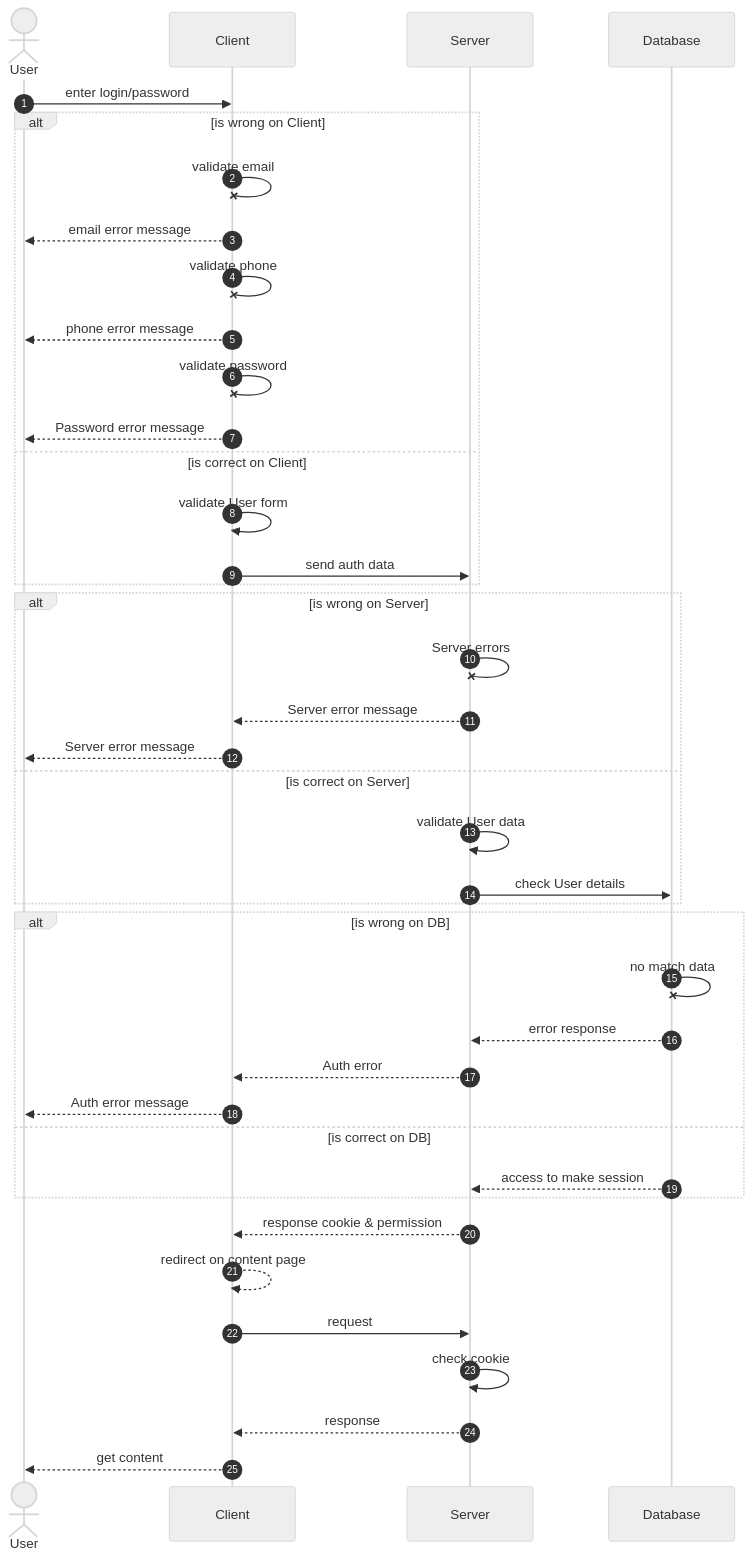
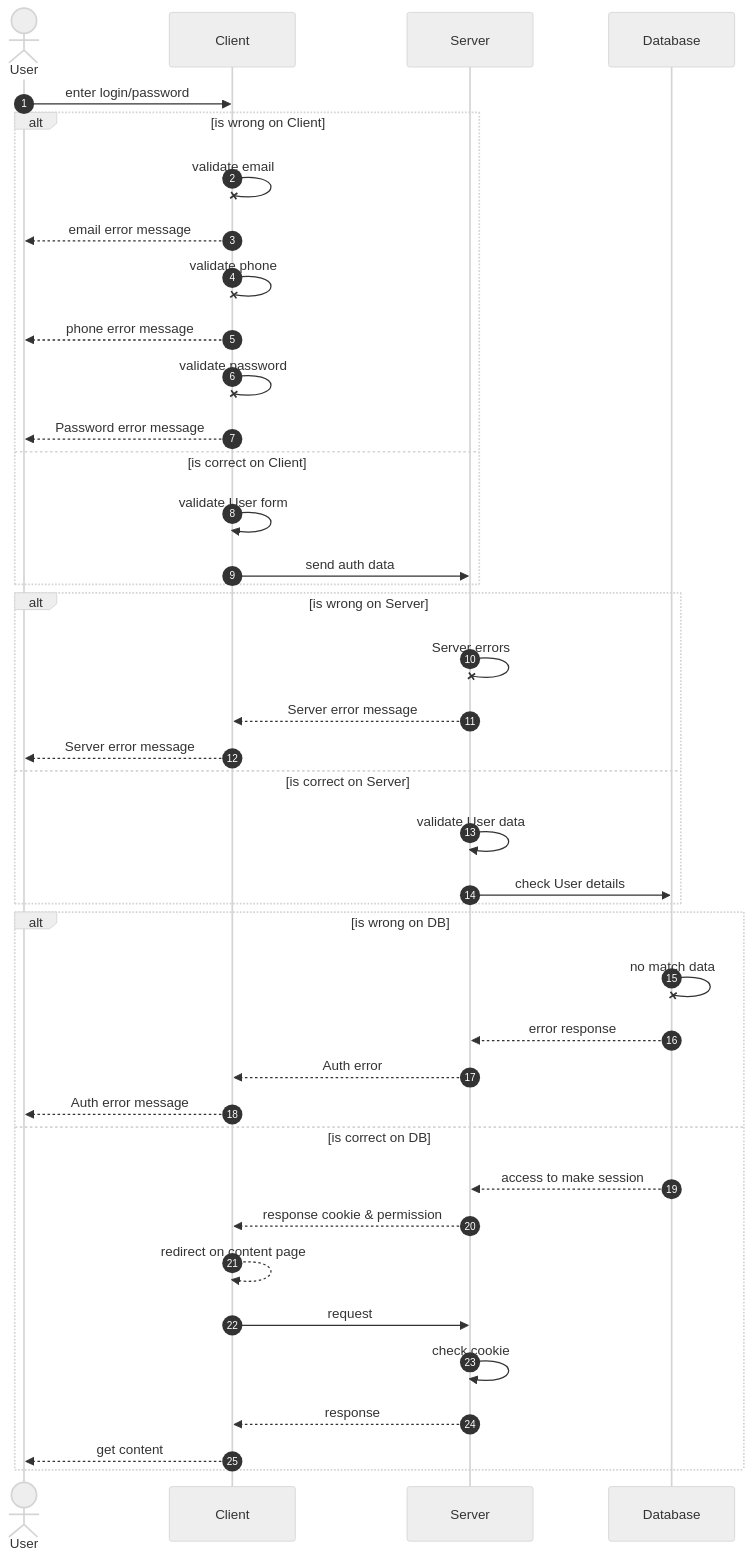
The diagram in alt_path.md (olegTheCoder/grachev_rmr_hw_server), drawn with Mermaid (neutral theme) before and after one commit. The commit also changed other lines of this file, not shown here.

````diff
--- a/alt_path.md
+++ b/alt_path.md
@@ -1,42 +1,42 @@
 ```mermaid
     sequenceDiagram
       autonumber
         actor U as User
         participant C as Client
         participant S as Server
         participant DB as Database
           U->>C: enter login/password
           alt is wrong on Client
           C-xC: validate email
           C-->>U: email error message
           C-xC: validate phone
           C-->>U: phone error message
           C-xC: validate password
           C-->>U: Password error message
           else is correct on Client
           C->>C: validate User form
           C->>S: send auth data
           end
           alt is wrong on Server
           S-xS: Server errors
           S-->>C: Server error message
           C-->>U: Server error message
           else is correct on Server
           S->>S: validate User data
           S->>DB: check User details
           end
           alt is wrong on DB
           DB-xDB: no match data
           DB-->>S: error response
           S-->>C: Auth error 
           C-->>U: Auth error message
           else is correct on DB
           DB-->>S: access to make session
-          end
           S-->>C: response cookie & permission
           C-->>C: redirect on content page
           C->>S: request
           S->>S: check cookie
           S-->>C: response
           C-->> U: get content
+          end
 ```
````
